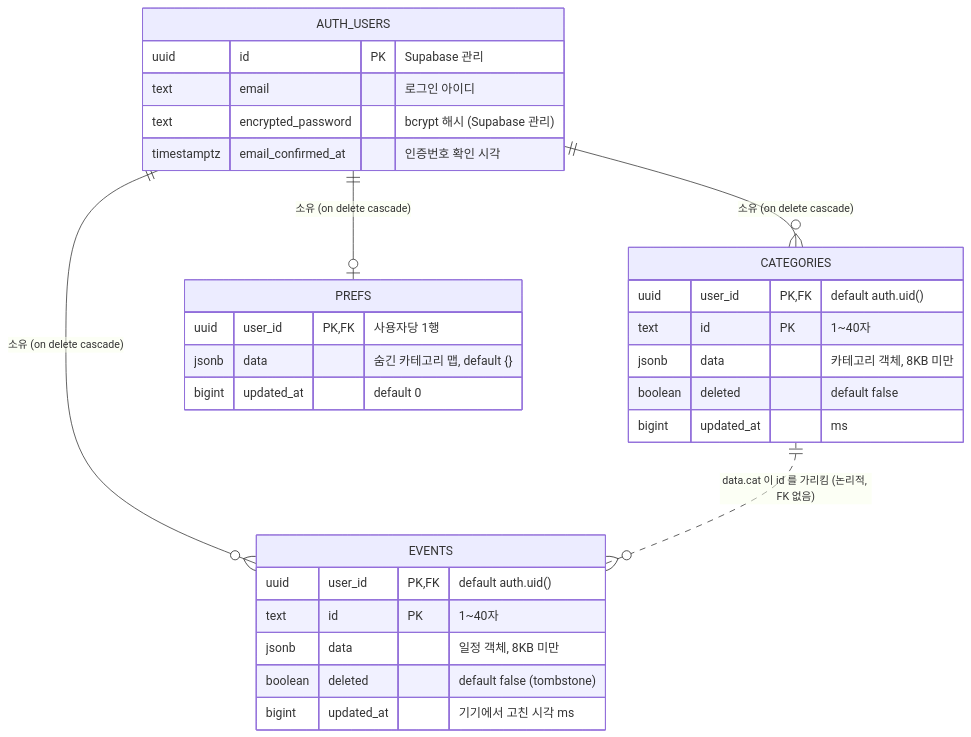
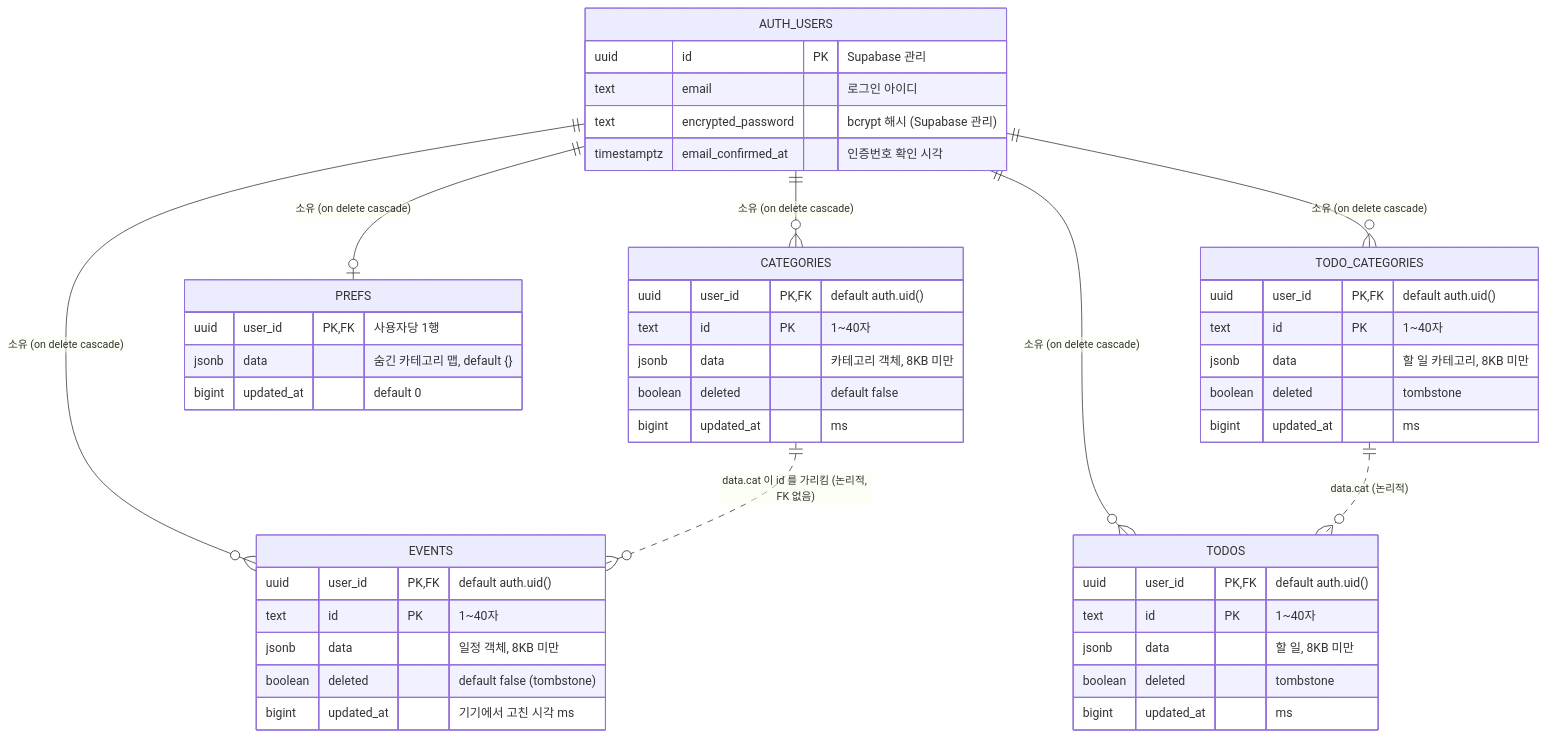
The first of 2 diagrams in docs/04-DB설계.md (jmg0929/weekly-planner), drawn with Mermaid before and after one commit. The commit also changed other lines of this file and 13 other files, not shown here.

````diff
--- a/docs/04-DB설계.md
+++ b/docs/04-DB설계.md
@@ -18,33 +18,50 @@
 ```mermaid
 erDiagram
   AUTH_USERS ||--o{ EVENTS : "소유 (on delete cascade)"
   AUTH_USERS ||--o{ CATEGORIES : "소유 (on delete cascade)"
   AUTH_USERS ||--o| PREFS : "소유 (on delete cascade)"
   CATEGORIES ||..o{ EVENTS : "data.cat 이 id 를 가리킴 (논리적, FK 없음)"
+  AUTH_USERS ||--o{ TODOS : "소유 (on delete cascade)"
+  AUTH_USERS ||--o{ TODO_CATEGORIES : "소유 (on delete cascade)"
+  TODO_CATEGORIES ||..o{ TODOS : "data.cat (논리적)"
 
   AUTH_USERS {
     uuid id PK "Supabase 관리"
     text email "로그인 아이디"
     text encrypted_password "bcrypt 해시 (Supabase 관리)"
     timestamptz email_confirmed_at "인증번호 확인 시각"
+  }
+  TODOS {
+    uuid user_id PK, FK "default auth.uid()"
+    text id PK "1~40자"
+    jsonb data "할 일, 8KB 미만"
+    boolean deleted "tombstone"
+    bigint updated_at "ms"
+  }
+  TODO_CATEGORIES {
+    uuid user_id PK, FK "default auth.uid()"
+    text id PK "1~40자"
+    jsonb data "할 일 카테고리, 8KB 미만"
+    boolean deleted "tombstone"
+    bigint updated_at "ms"
   }
   EVENTS {
     uuid user_id PK, FK "default auth.uid()"
     text id PK "1~40자"
     jsonb data "일정 객체, 8KB 미만"
     boolean deleted "default false (tombstone)"
     bigint updated_at "기기에서 고친 시각 ms"
   }
   CATEGORIES {
     uuid user_id PK, FK "default auth.uid()"
     text id PK "1~40자"
     jsonb data "카테고리 객체, 8KB 미만"
     boolean deleted "default false"
     bigint updated_at "ms"
   }
   PREFS {
     uuid user_id PK, FK "사용자당 1행"
     jsonb data "숨긴 카테고리 맵, default {}"
     bigint updated_at "default 0"
   }
 ```
````
